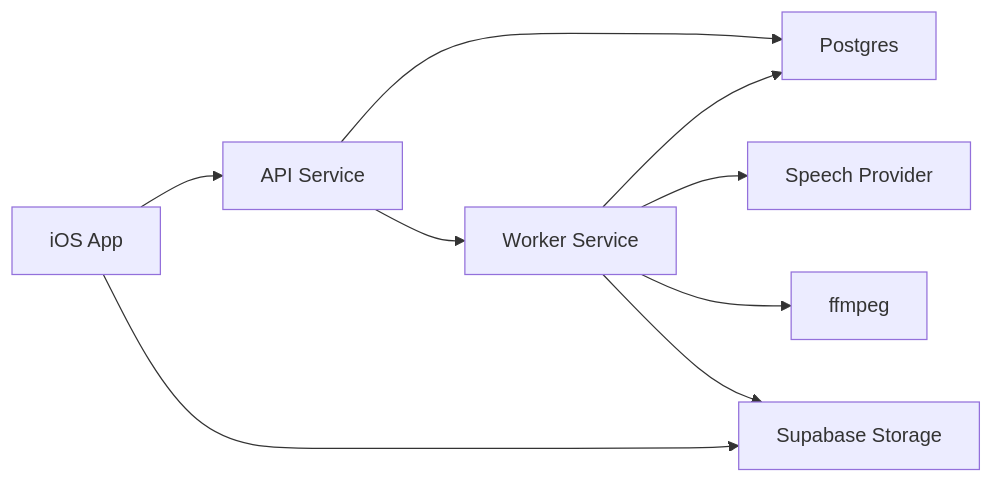
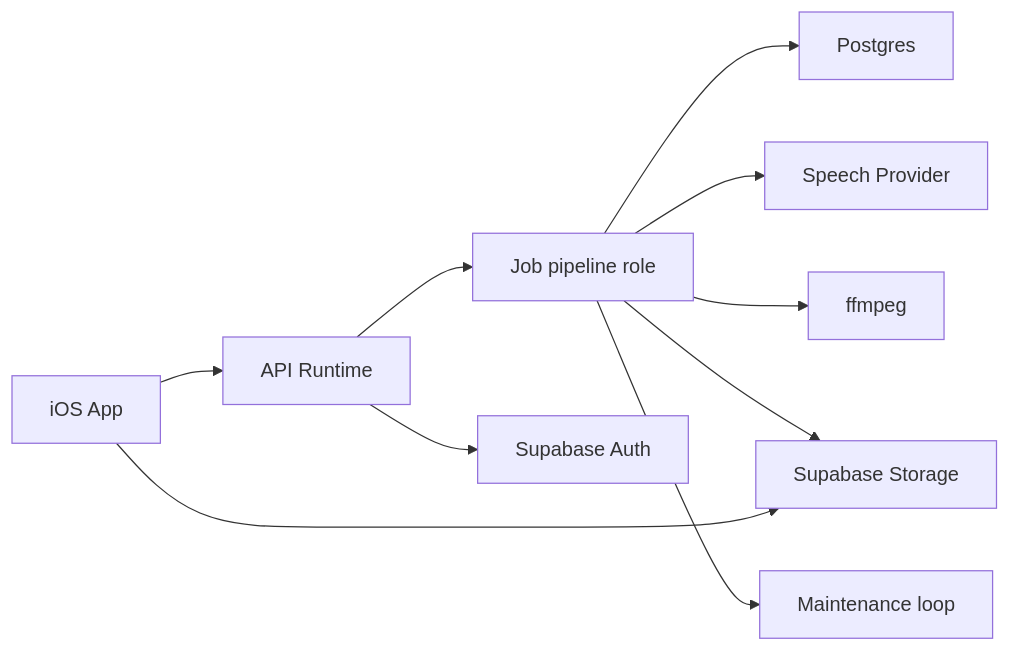
The diagram in docs/architecture.md (tomenden/hear-it), drawn with Mermaid before and after one commit. The commit also changed other lines of this file and 9 other files, not shown here.

Commit message:
docs: align local-dev tooling and architecture docs

````diff
--- a/docs/architecture.md
+++ b/docs/architecture.md
@@ -24,11 +24,12 @@
 ```mermaid
 flowchart LR
-    A["iOS App"] --> B["API Service"]
-    B --> C["Postgres"]
-    B --> D["Worker Service"]
-    D --> C
-    D --> E["Speech Provider"]
-    D --> F["ffmpeg"]
-    D --> G["Supabase Storage"]
-    A --> G
+    A["iOS App"] --> B["API Runtime"]
+    B --> C["Job pipeline role"]
+    B --> D["Supabase Auth"]
+    C --> E["Postgres"]
+    C --> F["Speech Provider"]
+    C --> G["ffmpeg"]
+    C --> H["Supabase Storage"]
+    C --> I["Maintenance loop"]
+    A --> H
 ```
````
